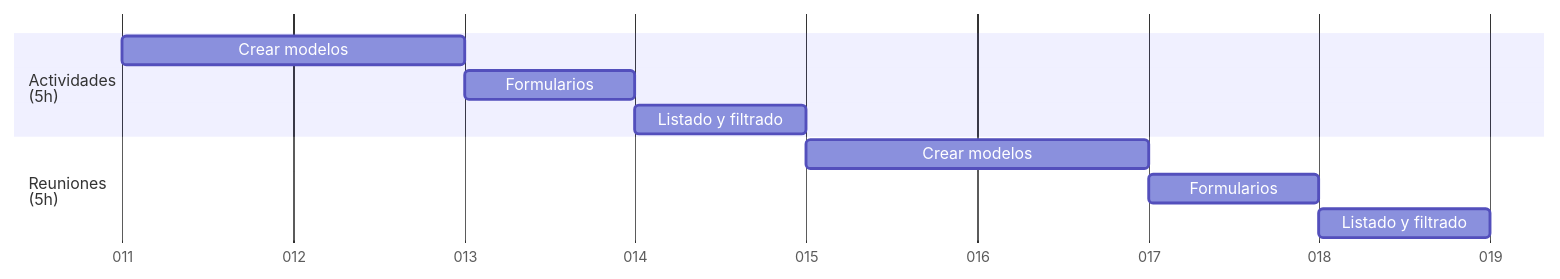
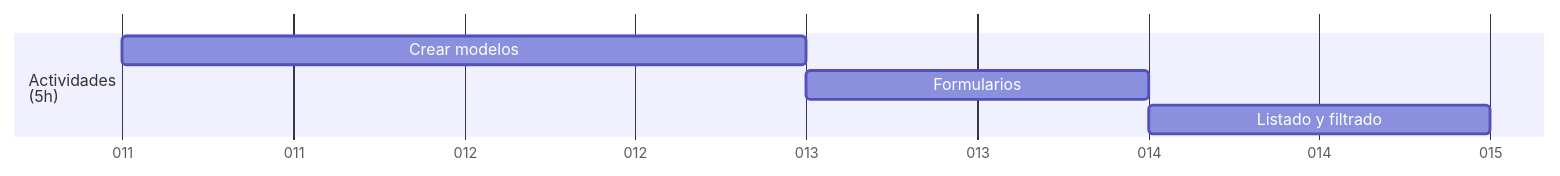
One commit to Covija97/BadenTracker changed the third of 9 diagrams in .info/roadmap.md. Above: the diagram before and after it, drawn with Mermaid. The commit also changed other lines of this file, not shown here.

Commit message:
Update roadmap.md to enhance Gantt chart sections with date formatting and improve task visualization

````diff
--- a/.info/roadmap.md
+++ b/.info/roadmap.md
@@ -46,15 +51,10 @@
 ```mermaid
 gantt
     dateFormat  DDD
     axisFormat %j
 
     section Actividades<br>(5h)
     Crear modelos               : 01-11, 2d
     Formularios                 : 01-13, 1d
     Listado y filtrado          : 01-14, 1d
-    
-    section Reuniones<br>(5h)
-    Crear modelos               : 01-15, 2d
-    Formularios                 : 01-17, 1d
-    Listado y filtrado          : 01-18, 1d
-```
+ ```
````
